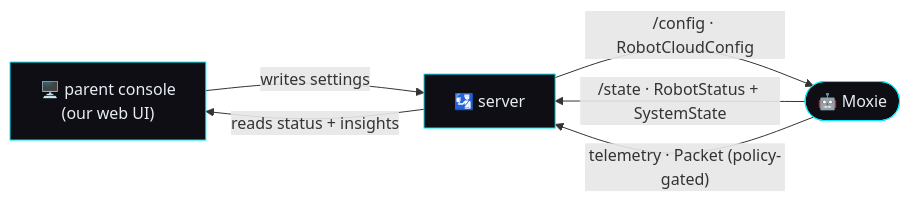
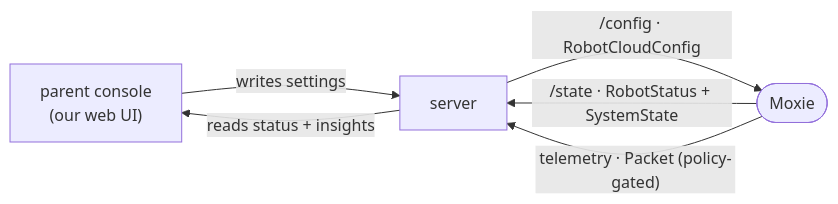
Before and after one commit to mvalancy/moxie-robot-saver: the diagram in docs/architecture/config-and-telemetry-contract.md, drawn with Mermaid. The commit also changed other lines of this file and 454 other files, not shown here.

````diff
--- a/docs/architecture/config-and-telemetry-contract.md
+++ b/docs/architecture/config-and-telemetry-contract.md
@@ -17,10 +15,8 @@
 ```mermaid
 flowchart LR
-  console["🖥️ parent console<br/>(our web UI)"] -->|"writes settings"| server["🛂 server"]
-  server -->|"/config · RobotCloudConfig"| robot(["🤖 Moxie"])
+  console["parent console<br/>(our web UI)"] -->|"writes settings"| server["server"]
+  server -->|"/config · RobotCloudConfig"| robot(["Moxie"])
   robot -->|"/state · RobotStatus + SystemState"| server
   robot -->|"telemetry · Packet (policy-gated)"| server
   server -->|"reads status + insights"| console
-  classDef s fill:#0e0e14,stroke:#00f0ff,color:#e8edf5;
-  class console,server,robot s;
 ```
````
